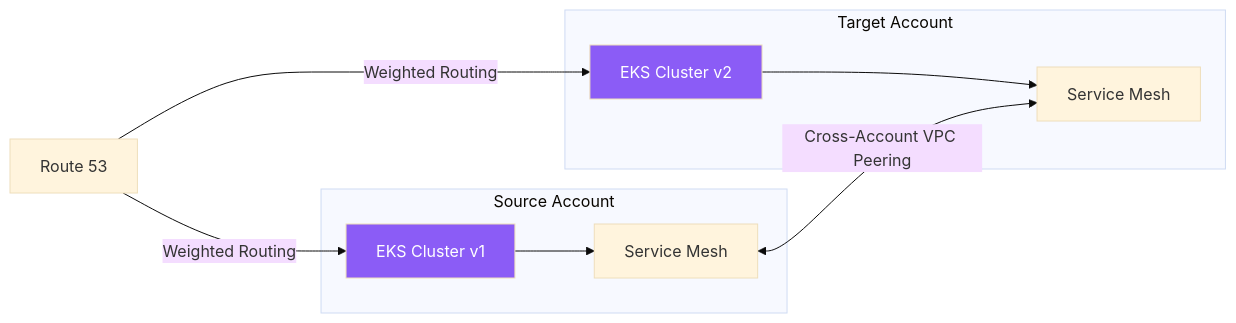
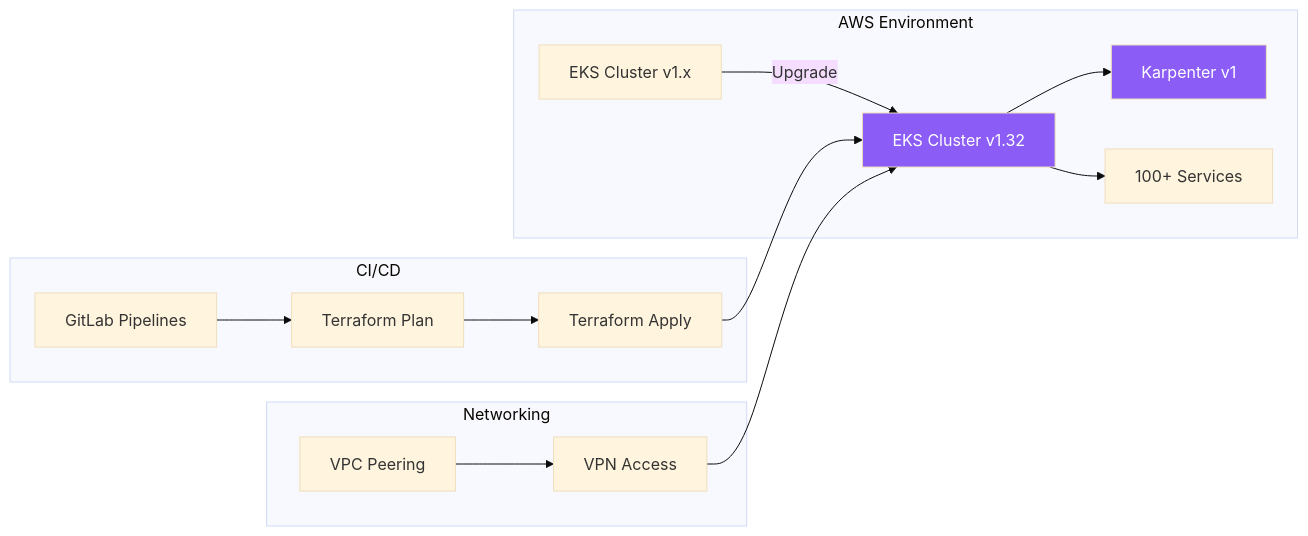
The diagram in src/content/case-studies/eks-migrations.mdx (phatjam98/portfolio), drawn with Mermaid (base theme) before and after one commit. The commit also changed other lines of this file and 12 other files, not shown here.

````diff
--- a/src/content/case-studies/eks-migrations.mdx
+++ b/src/content/case-studies/eks-migrations.mdx
@@ -28,14 +32,19 @@
 ```mermaid
 graph LR
-    subgraph Source Account
-        A[EKS Cluster v1] --> B[Service Mesh]
+    subgraph AWS Environment
+        A[EKS Cluster v1.x] -->|Upgrade| B[EKS Cluster v1.32]
+        B --> C[Karpenter v1]
+        B --> D[100+ Services]
     end
-    subgraph Target Account
-        C[EKS Cluster v2] --> D[Service Mesh]
+    subgraph Networking
+        E[VPC Peering] --> F[VPN Access]
     end
-    B <-->|Cross-Account VPC Peering| D
-    E[Route 53] -->|Weighted Routing| A
-    E -->|Weighted Routing| C
-    style A fill:#8b5cf6,color:#fff
+    subgraph CI/CD
+        G[GitLab Pipelines] --> H[Terraform Plan]
+        H --> I[Terraform Apply]
+    end
+    I --> B
+    F --> B
+    style B fill:#8b5cf6,color:#fff
     style C fill:#8b5cf6,color:#fff
 ```
````
